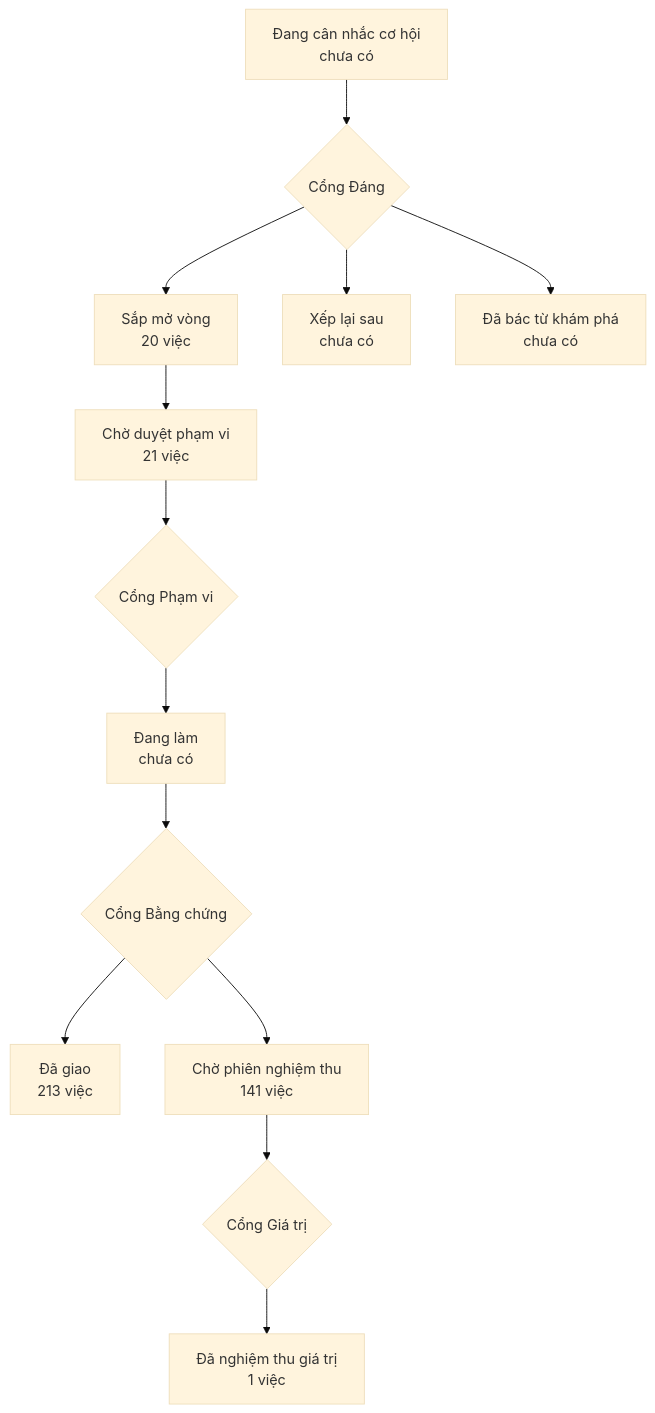
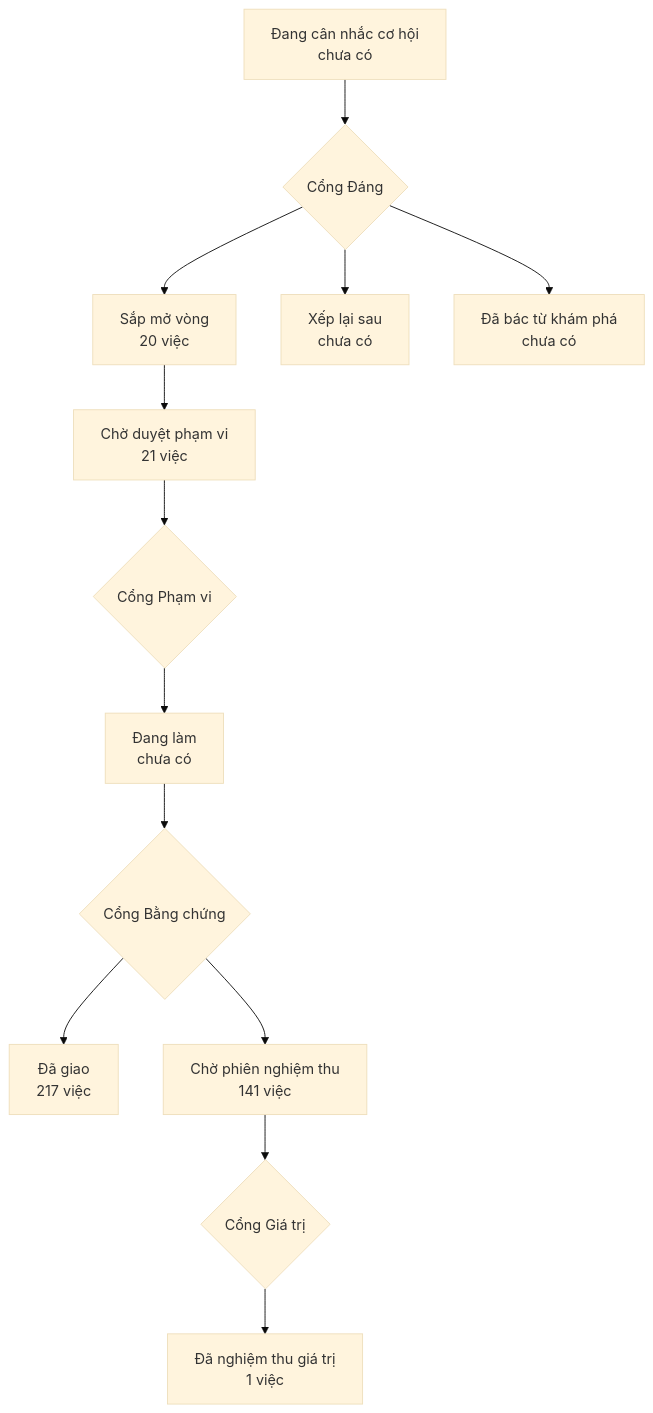
One commit to phanlemanh/onehub-invest changed the diagram in PRODUCT-MAP.md. Above: the diagram before and after it, drawn with Mermaid (base theme). The commit also changed other lines of this file and 1 other file, not shown here.

````diff
--- a/PRODUCT-MAP.md
+++ b/PRODUCT-MAP.md
@@ -7,12 +7,12 @@
 ```mermaid
 flowchart TD
   A["Đang cân nhắc cơ hội<br/>chưa có"] --> GD{"Cổng Đáng"}
   GD --> B["Sắp mở vòng<br/>20 việc"]
   GD --> XL["Xếp lại sau<br/>chưa có"]
   GD --> DB["Đã bác từ khám phá<br/>chưa có"]
   B --> CD["Chờ duyệt phạm vi<br/>21 việc"] --> GP{"Cổng Phạm vi"}
   GP --> DL["Đang làm<br/>chưa có"] --> GB{"Cổng Bằng chứng"}
-  GB --> DG["Đã giao<br/>213 việc"]
+  GB --> DG["Đã giao<br/>217 việc"]
   GB --> CN["Chờ phiên nghiệm thu<br/>141 việc"] --> GG{"Cổng Giá trị"}
   GG --> NT["Đã nghiệm thu giá trị<br/>1 việc"]
 ```
````
